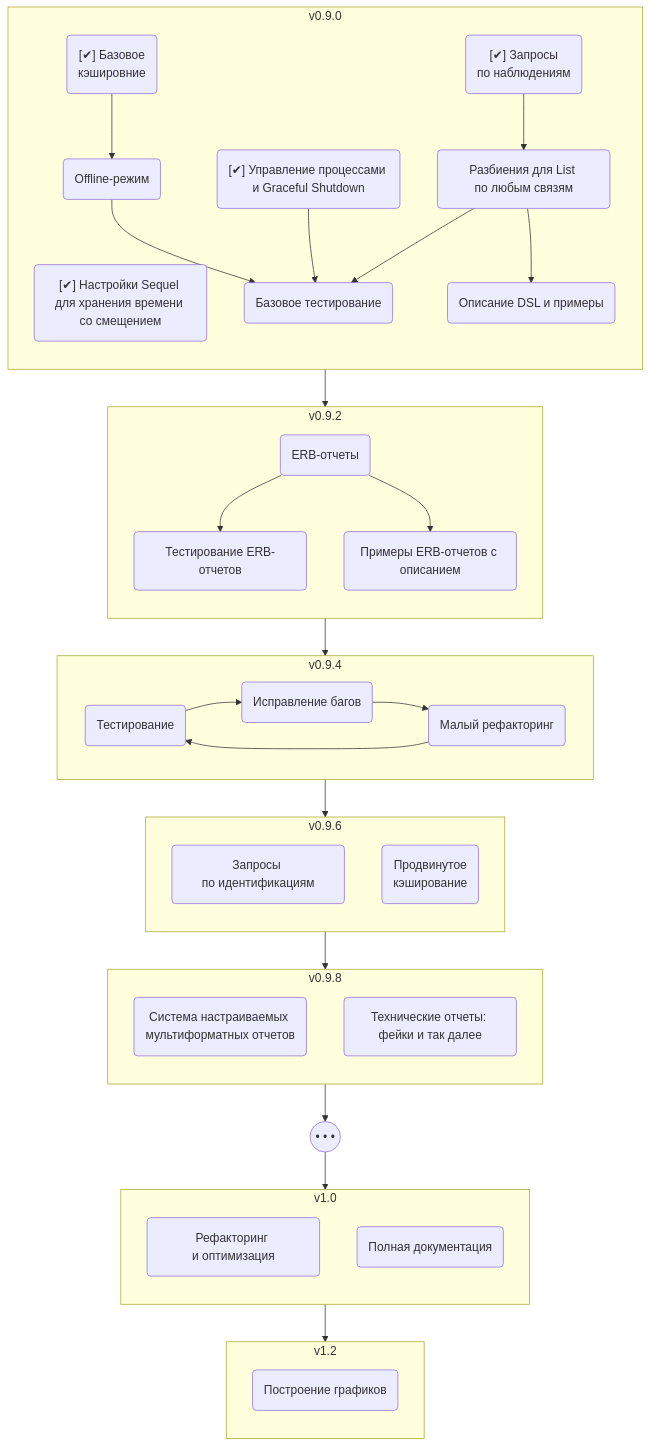
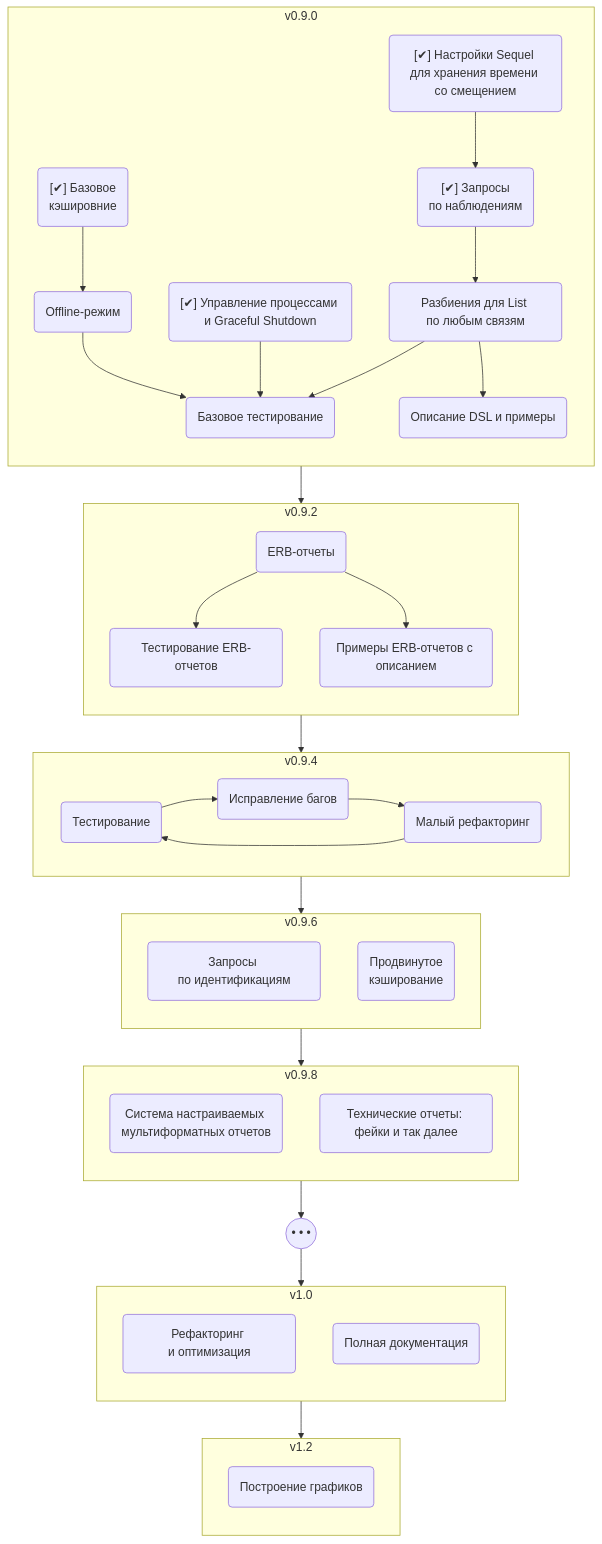
One commit to inat-get/inat-get changed the diagram in share/inat-get/dev-docs/roadmap.md. Above: the diagram before and after it, drawn with Mermaid.

Commit message:
minor in roadmap

````diff
--- a/share/inat-get/dev-docs/roadmap.md
+++ b/share/inat-get/dev-docs/roadmap.md
@@ -2,76 +2,77 @@
 ```mermaid
 flowchart TB
 
   subgraph R090 ["v0.9.0"]
     direction TB
     Timing("[✔] Настройки Sequel для хранения времени со смещением")
     Shutdown("[✔] Управление процессами и Graceful Shutdown")
     Observs("[✔] Запросы<br>по наблюдениям")
     Caching("[✔] Базовое<br>кэшировние")
     Lists("Разбиения для List по любым связям")
     Offline("Offline-режим")
     BaseTesting("Базовое тестирование")
     BaseDoc("Описание DSL и примеры")
   end
 
   subgraph R092 ["v0.9.2"]
     direction TB
     ERB("ERB-отчеты")
     ERBTests("Тестирование ERB-отчетов")
     ERBSamples("Примеры ERB-отчетов с описанием")
   end
 
   subgraph R094 ["v0.9.4"]
     direction LR
     Testing("Тестирование")
     Debugging("Исправление багов")
     Ref1("Малый рефакторинг")
   end
 
   subgraph R096 ["v0.9.6"]
     direction TB
     Idents("Запросы по идентификациям")
     AdvCaching("Продвинутое<br>кэширование")
   end
 
   subgraph R098 ["v0.9.8"]
     direction TB
     Reporting("Система настраиваемых мультиформатных отчетов")
     TechReps("Технические отчеты: фейки и так далее")
   end
 
   Smth(("• • •"))
 
   subgraph R100 ["v1.0"]
     direction TB
     Refactoring("Рефакторинг и оптимизация")
     Documenting("Полная документация")
   end
 
   subgraph R120 ["v1.2"]
     direction TB
     Graphics("Построение графиков")
   end
 
   R090 --> R092
   R092 --> R094
   R094 --> R096
   R096 --> R098
   R098 --> Smth
   Smth --> R100
   R100 --> R120
 
+  Timing --> Observs
   Caching --> Offline
   Offline --> BaseTesting
   Shutdown --> BaseTesting
   Observs --> Lists
   Lists --> BaseTesting
   Lists --> BaseDoc
 
   ERB --> ERBTests
   ERB --> ERBSamples
 
   Testing --> Debugging
   Debugging --> Ref1
   Ref1 --> Testing
 ```
````
